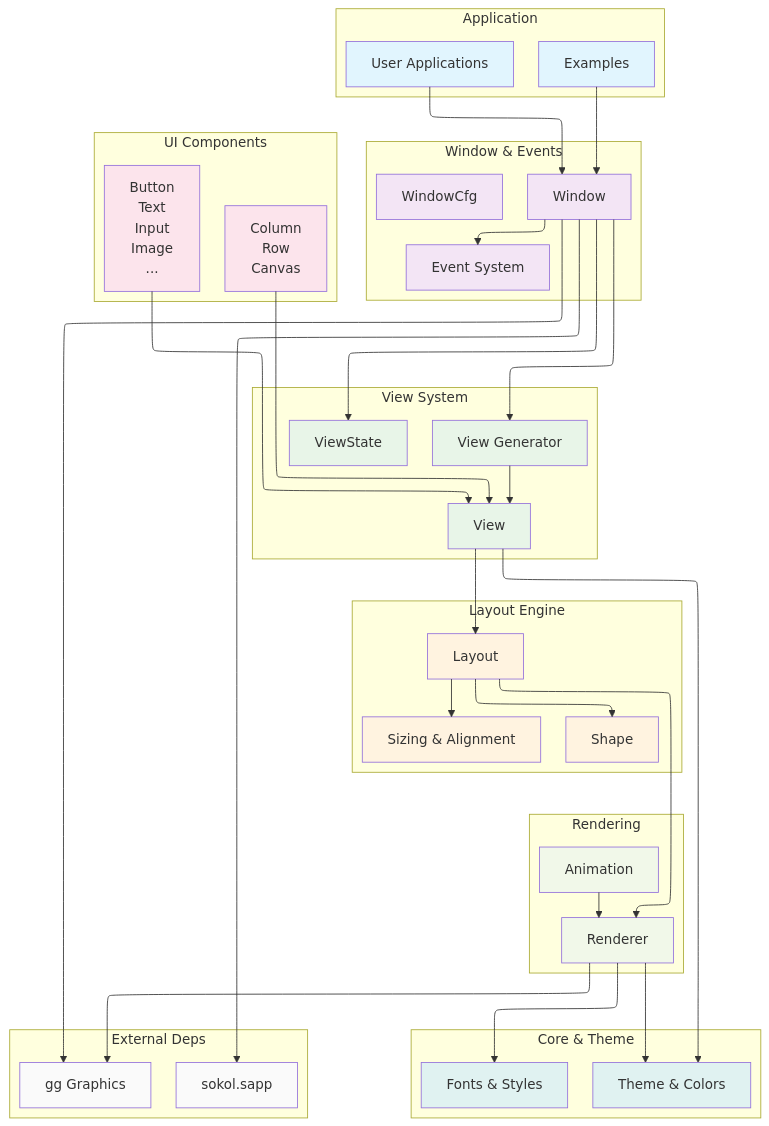
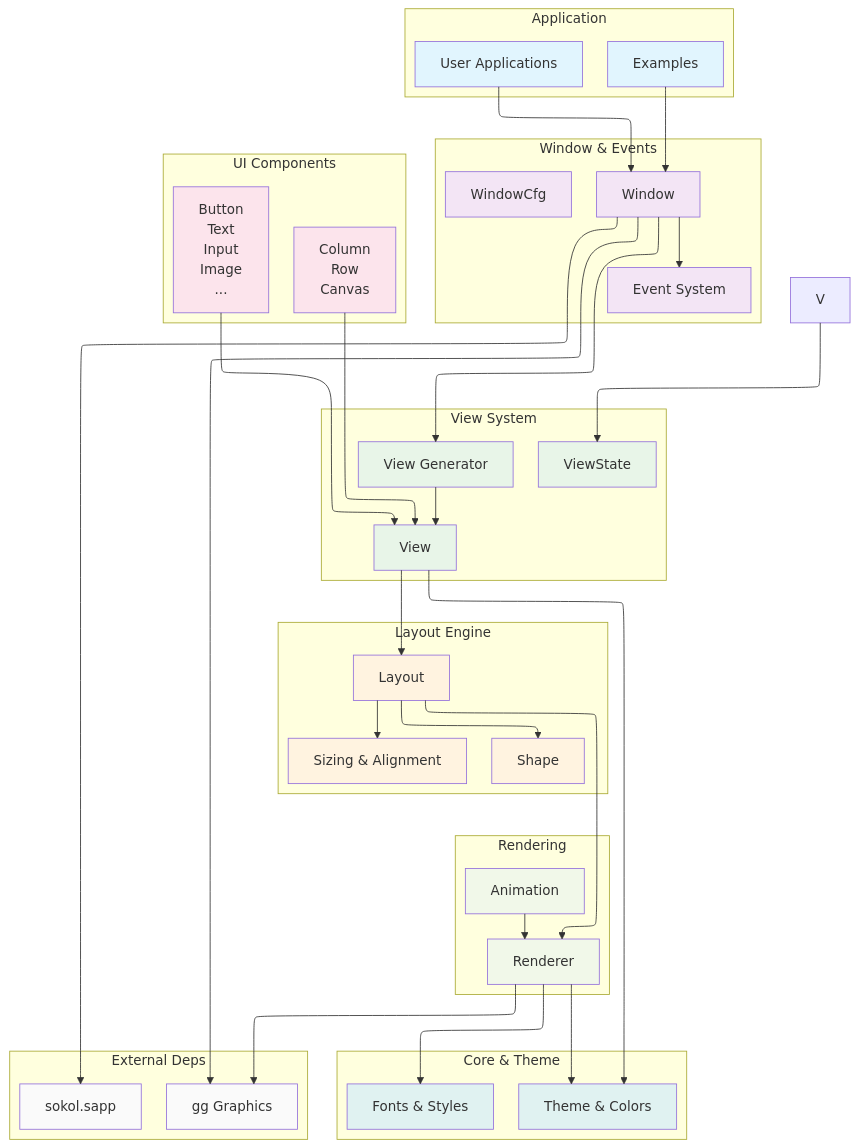
One commit to vlang/gui changed the diagram in README.md. Above: the diagram before and after it, drawn with Mermaid.

Commit message:
Update state transition from WIN to View

```diff
--- a/README.md
+++ b/README.md
@@ -341,7 +341,7 @@
     EX --> WIN
     WIN --> EVT
     WIN --> GEN
-    WIN --> STATE
+    V --> STATE
     GEN --> VIEW
     VIEW --> LAY
     LAY --> SHAPE
```
